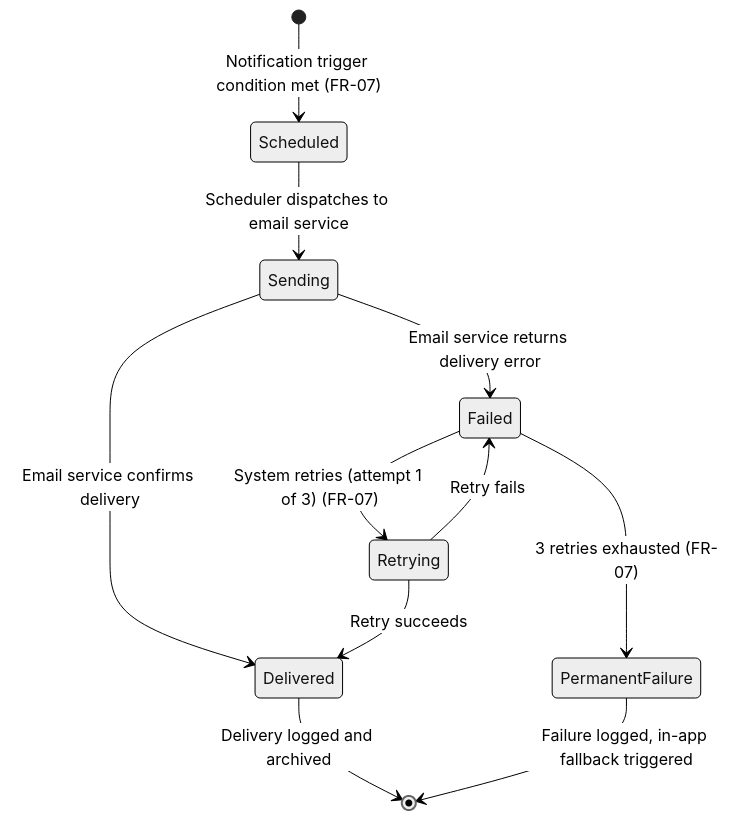
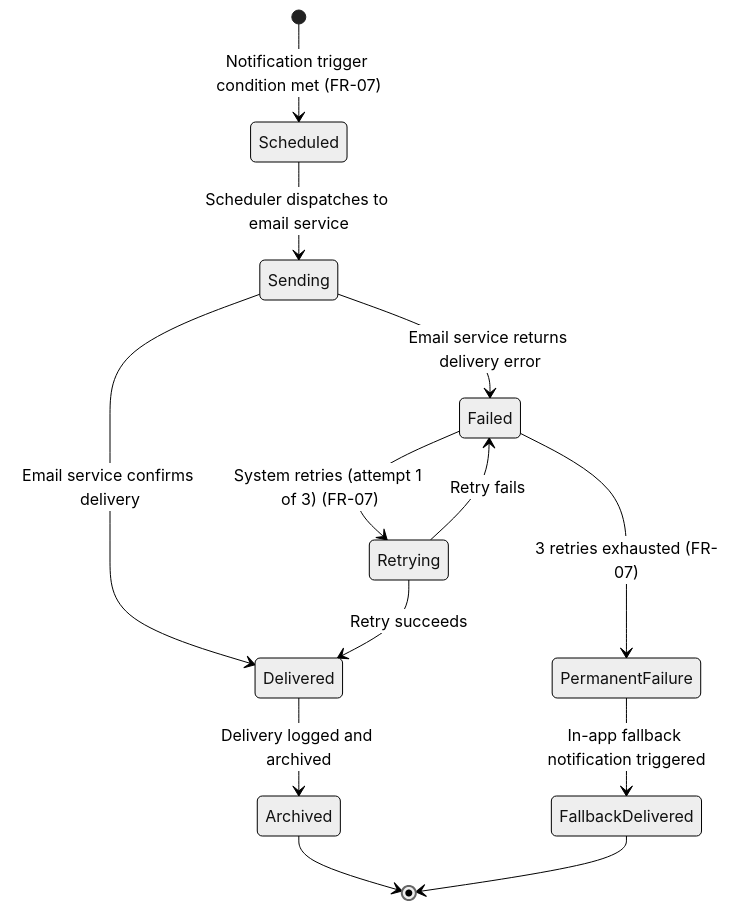
The fifth of 8 diagrams in STATE_TRANSITION_DIAGRAMS.md (211225347/Smart-Academic-Library-Assistance-System-SALAS-), drawn with Mermaid (neutral theme) before and after one commit. The commit also changed other lines of this file, not shown here.

````diff
--- a/STATE_TRANSITION_DIAGRAMS.md
+++ b/STATE_TRANSITION_DIAGRAMS.md
@@ -166,16 +169,19 @@
 ```mermaid
 stateDiagram-v2
     [*] --> Scheduled : Notification trigger condition met (FR-07)
 
     Scheduled --> Sending : Scheduler dispatches to email service
     Sending --> Delivered : Email service confirms delivery
     Sending --> Failed : Email service returns delivery error
 
     Failed --> Retrying : System retries (attempt 1 of 3) (FR-07)
     Retrying --> Delivered : Retry succeeds
     Retrying --> Failed : Retry fails
     Failed --> PermanentFailure : 3 retries exhausted (FR-07)
 
-    Delivered --> [*] : Delivery logged and archived
-    PermanentFailure --> [*] : Failure logged, in-app fallback triggered
+    Delivered --> Archived : Delivery logged and archived
+    PermanentFailure --> FallbackDelivered : In-app fallback notification triggered
+
+    Archived --> [*]
+    FallbackDelivered --> [*]
 ```
````
